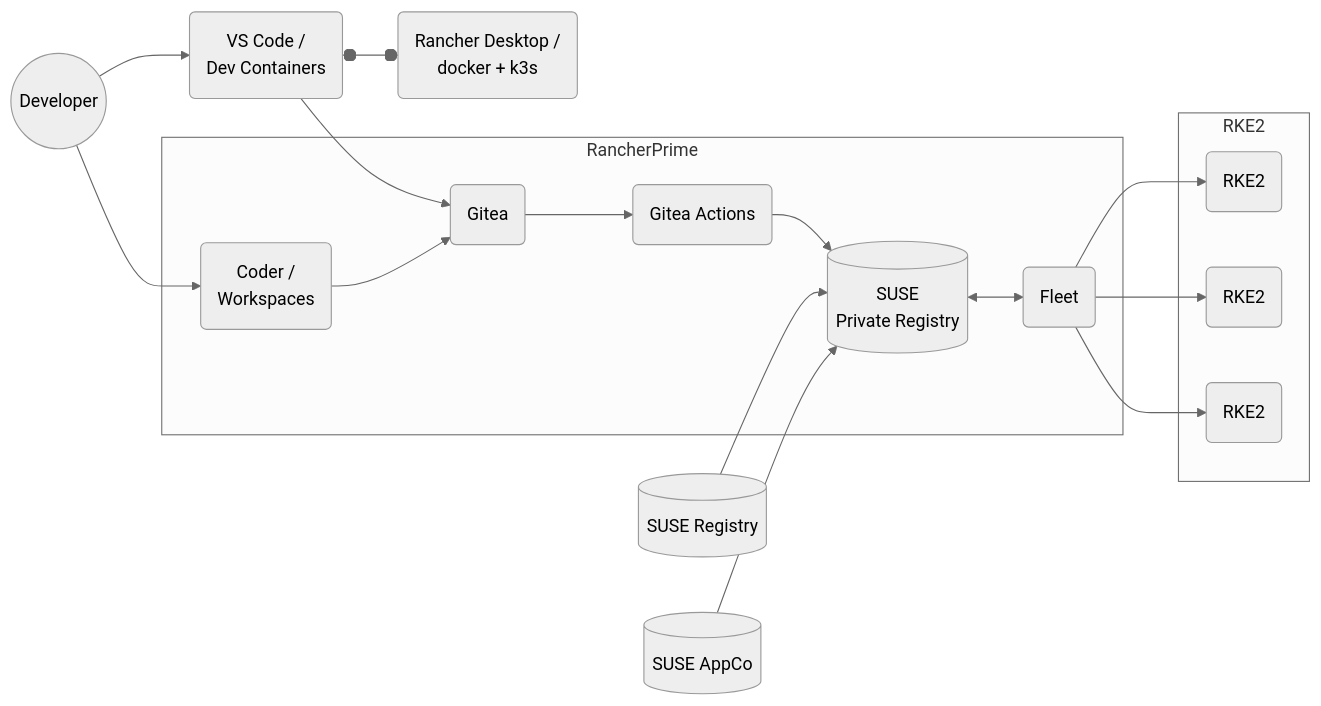
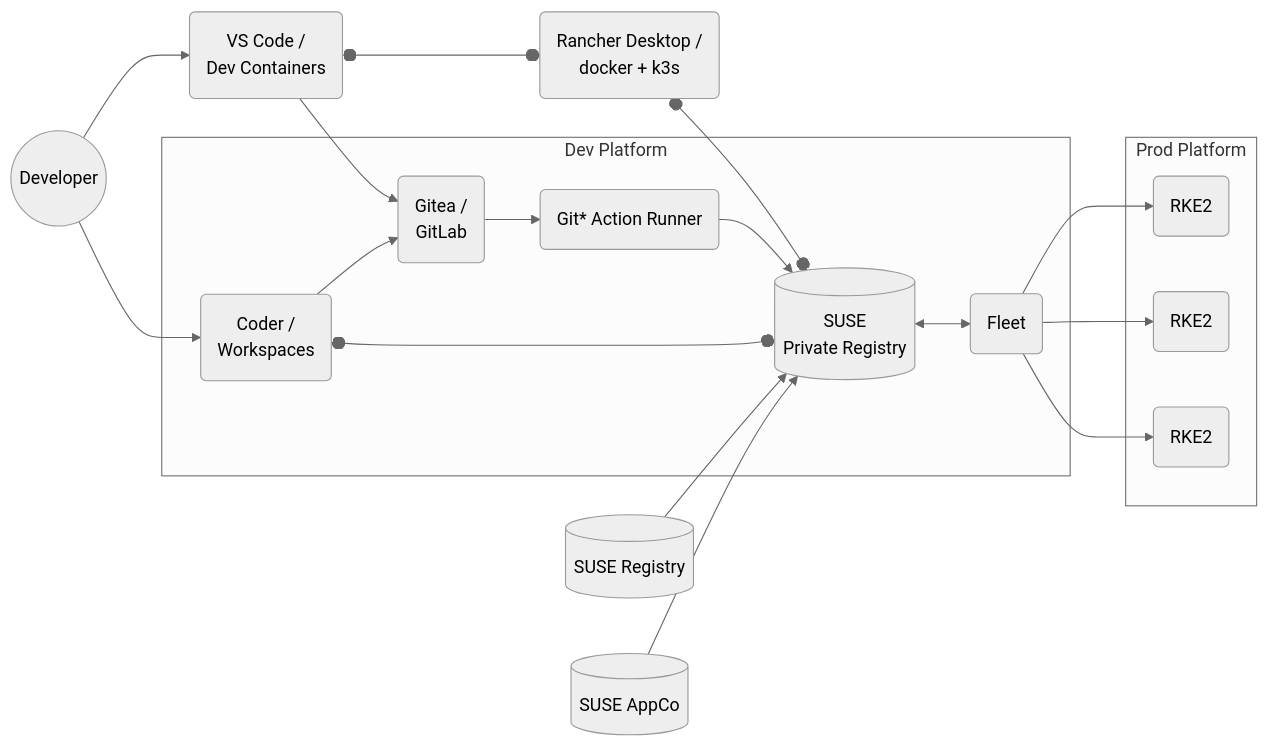
One commit to rancher/devx-designs changed the first of 4 diagrams in docs/docs/gitops-overview.md. Above: the diagram before and after it, drawn with Mermaid (neutral theme).

Commit message:
Add detail to diagram

````diff
--- a/docs/docs/gitops-overview.md
+++ b/docs/docs/gitops-overview.md
@@ -13,34 +13,37 @@
 ```mermaid
 flowchart LR
 
     Dev((Developer))
     --> VSC("VS Code /
     Dev Containers") 
     o--o RD("Rancher Desktop / 
             docker + k3s")
-    VSC --> GT("Gitea")
+    RD o--o SPR
+    VSC --> GT("Gitea /
+            GitLab")
         Dev --> CD("Coder /
         Workspaces") 
-    subgraph RancherPrime
-        CD --> GT --> GHA(Gitea Actions)
+    subgraph RancherPrime["Dev Platform"]
+        CD --> GT --> GHA(Git* Action Runner)
         --> SPR[("SUSE 
         Private Registry")] <--> FLT(Fleet)
+        CD o--o SPR
     end
-        subgraph RKE2
+        subgraph PROD[Prod Platform]
             FLT --> NODE1(RKE2)
             FLT --> NODE2(RKE2)
             FLT --> NODE3(RKE2)
         end
 
 
     %% VSC --> GH("Github")
     %% CD --> GH
     %% GH --> GHA
 
     %% VSC --> GL("Gitlab")
     %% CD --> GL
     %% GL --> GHA
 
     BCI[(SUSE Registry)] --> SPR
     AC[(SUSE AppCo)] --> SPR
 ```
````
